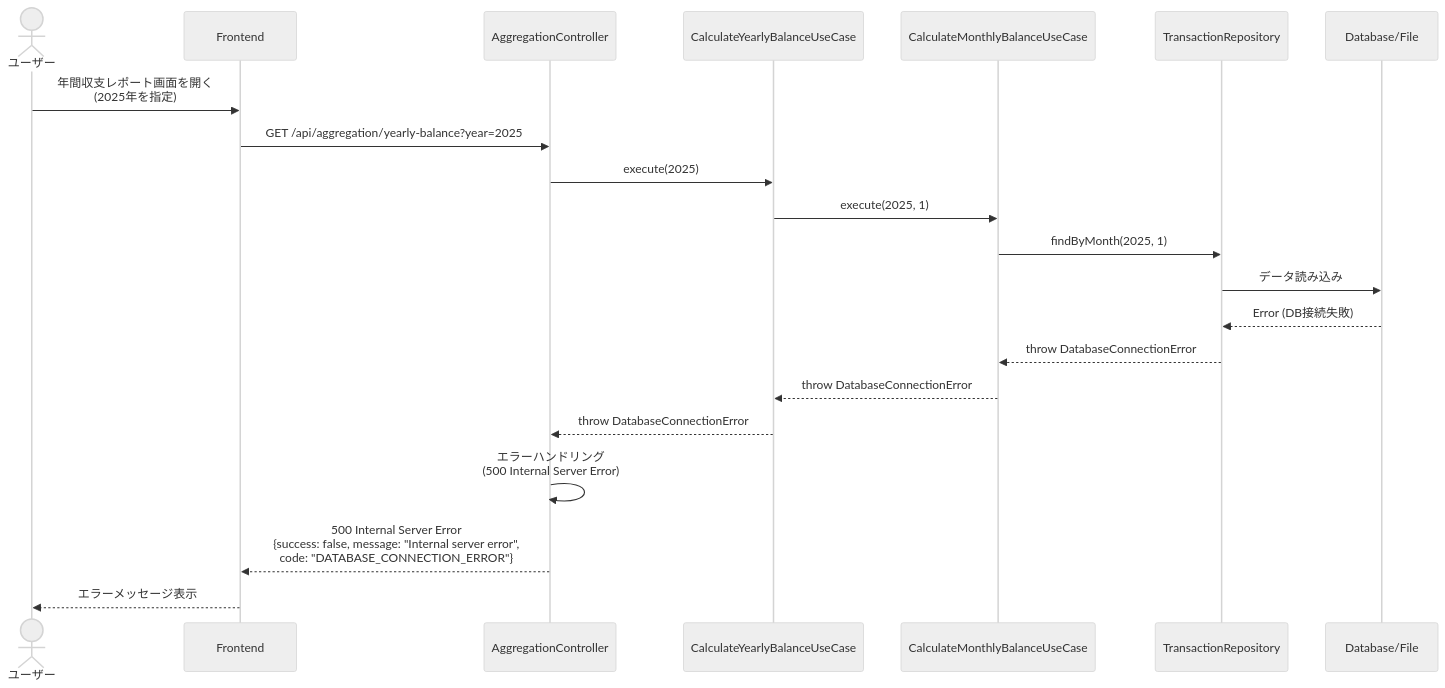
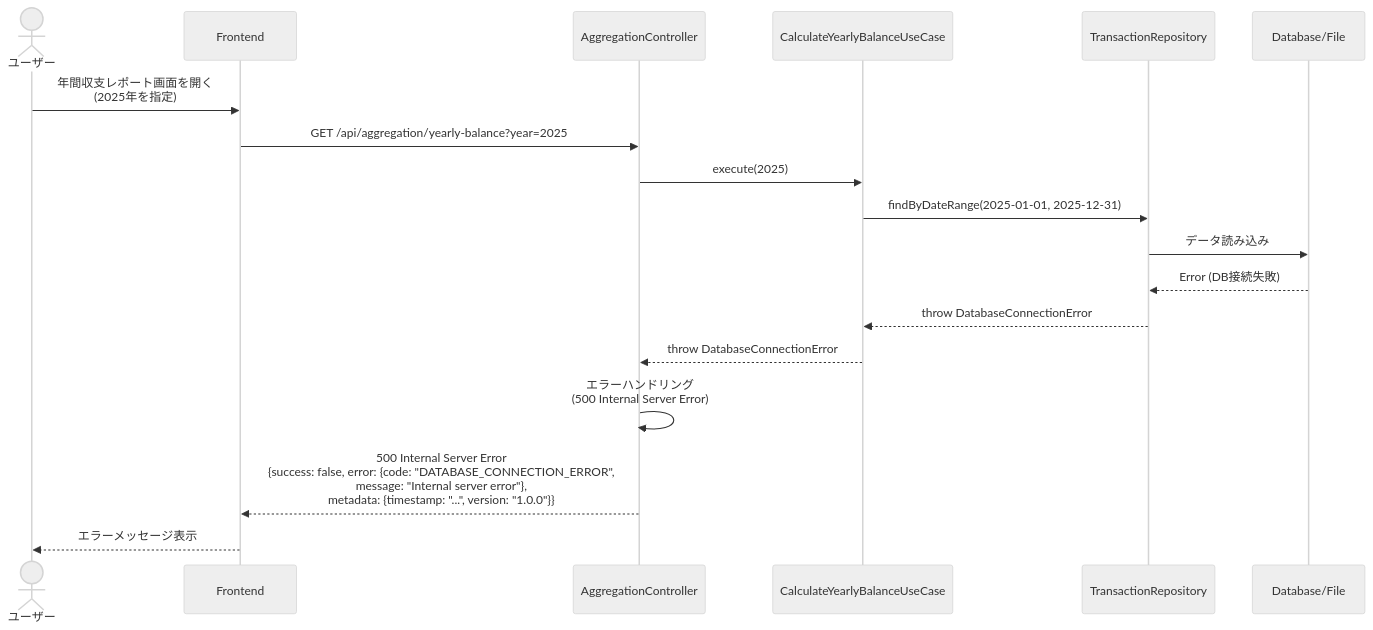
The fifth of 5 diagrams in docs/detailed-design/FR-020_yearly-balance-aggregation/sequence-diagrams.md (kencom2400/account-book), drawn with Mermaid (neutral theme) before and after one commit. The commit also changed other lines of this file and 3 other files, not shown here.

````diff
--- a/docs/detailed-design/FR-020_yearly-balance-aggregation/sequence-diagrams.md
+++ b/docs/detailed-design/FR-020_yearly-balance-aggregation/sequence-diagrams.md
@@ -235,27 +249,23 @@
 ```mermaid
 sequenceDiagram
     actor User as ユーザー
     participant FE as Frontend
     participant API as AggregationController
     participant UC as CalculateYearlyBalanceUseCase
-    participant MonthlyUC as CalculateMonthlyBalanceUseCase
     participant Repo as TransactionRepository
     participant DB as Database/File
 
     User->>FE: 年間収支レポート画面を開く<br/>(2025年を指定)
     FE->>API: GET /api/aggregation/yearly-balance?year=2025
 
     API->>UC: execute(2025)
 
-    UC->>MonthlyUC: execute(2025, 1)
-    MonthlyUC->>Repo: findByMonth(2025, 1)
+    UC->>Repo: findByDateRange(2025-01-01, 2025-12-31)
     Repo->>DB: データ読み込み
     DB-->>Repo: Error (DB接続失敗)
-    Repo-->>MonthlyUC: throw DatabaseConnectionError
-
-    MonthlyUC-->>UC: throw DatabaseConnectionError
+    Repo-->>UC: throw DatabaseConnectionError
     UC-->>API: throw DatabaseConnectionError
     API->>API: エラーハンドリング<br/>(500 Internal Server Error)
-    API-->>FE: 500 Internal Server Error<br/>{success: false, message: "Internal server error",<br/>code: "DATABASE_CONNECTION_ERROR"}
+    API-->>FE: 500 Internal Server Error<br/>{success: false, error: {code: "DATABASE_CONNECTION_ERROR",<br/>message: "Internal server error"},<br/>metadata: {timestamp: "...", version: "1.0.0"}}
     FE-->>User: エラーメッセージ表示
 ```
````
